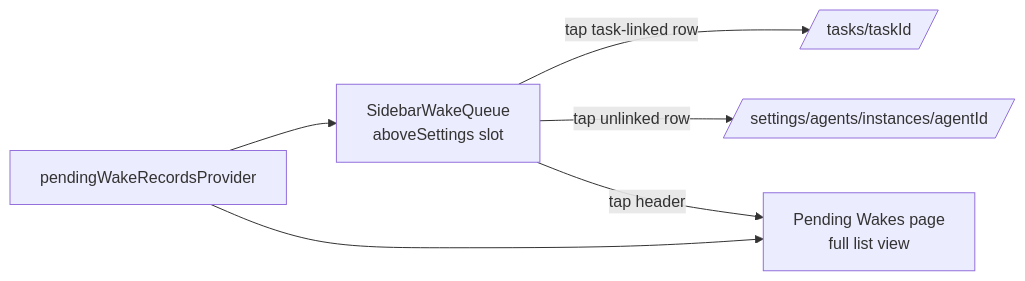
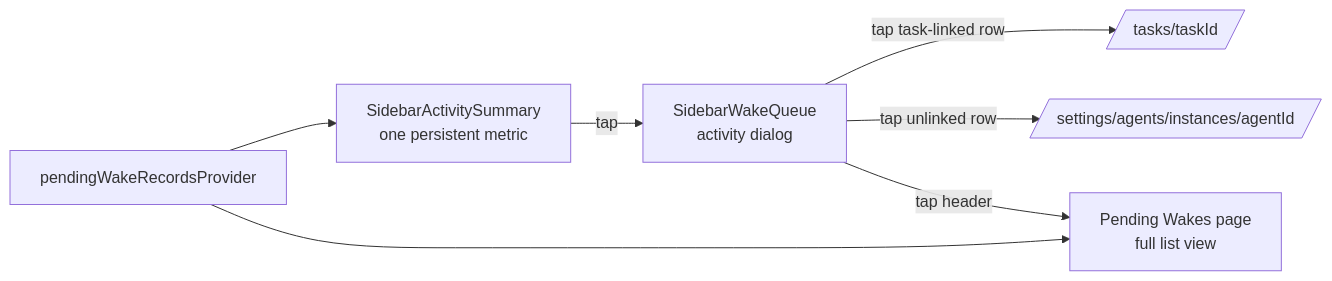
One commit to matthiasn/lotti changed the seventh of 23 diagrams in lib/features/agents/README.md. Above: the diagram before and after it, drawn with Mermaid. The commit also changed other lines of this file and 43 other files, not shown here.

````diff
--- a/lib/features/agents/README.md
+++ b/lib/features/agents/README.md
@@ -374,9 +372,10 @@
 ```mermaid
 flowchart LR
   Provider[pendingWakeRecordsProvider]
-  Provider --> WakeBlock[SidebarWakeQueue<br/>aboveSettings slot]
+  Provider --> Summary[SidebarActivitySummary<br/>one persistent metric]
+  Summary -->|tap| WakeBlock[SidebarWakeQueue<br/>activity dialog]
   Provider --> WakesPage[Pending Wakes page<br/>full list view]
   WakeBlock -->|tap task-linked row| TaskRoute[/tasks/taskId/]
   WakeBlock -->|tap unlinked row| InstanceRoute[/settings/agents/instances/agentId/]
   WakeBlock -->|tap header| WakesPage
 ```
````
